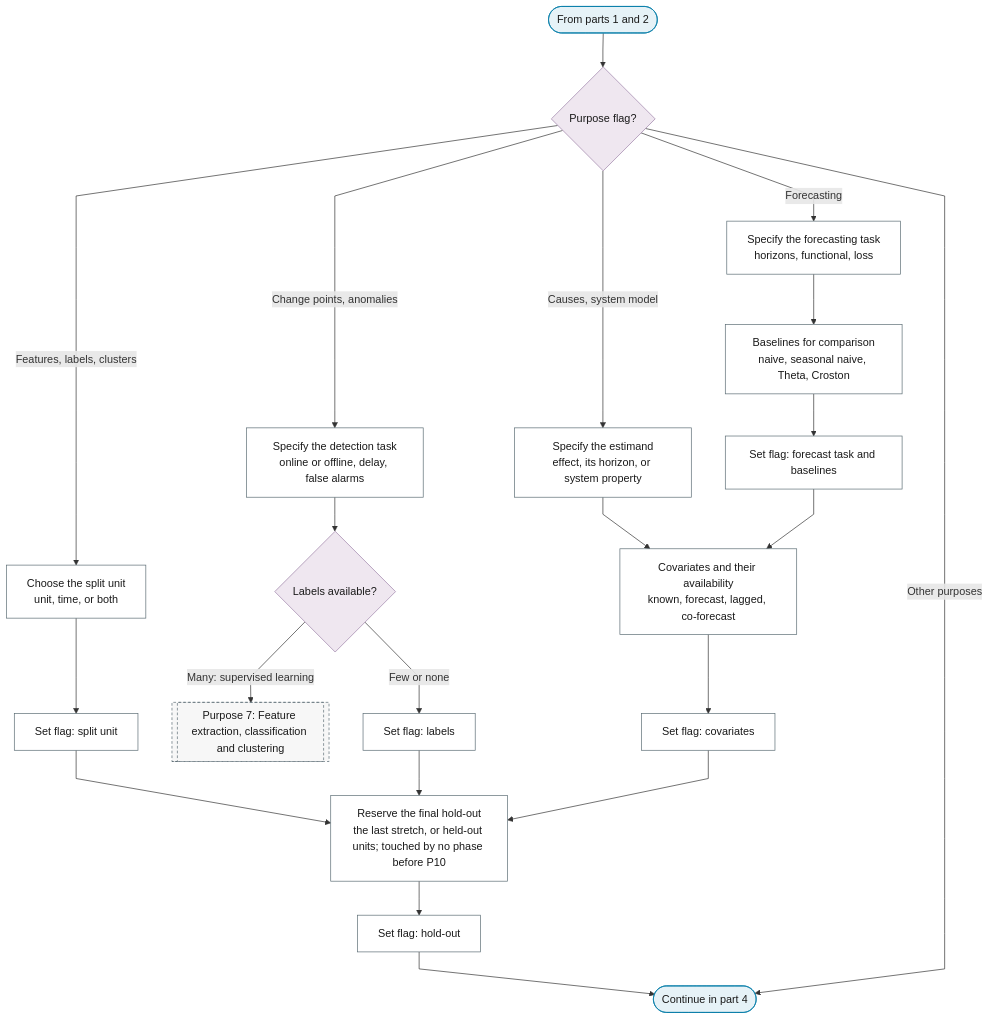
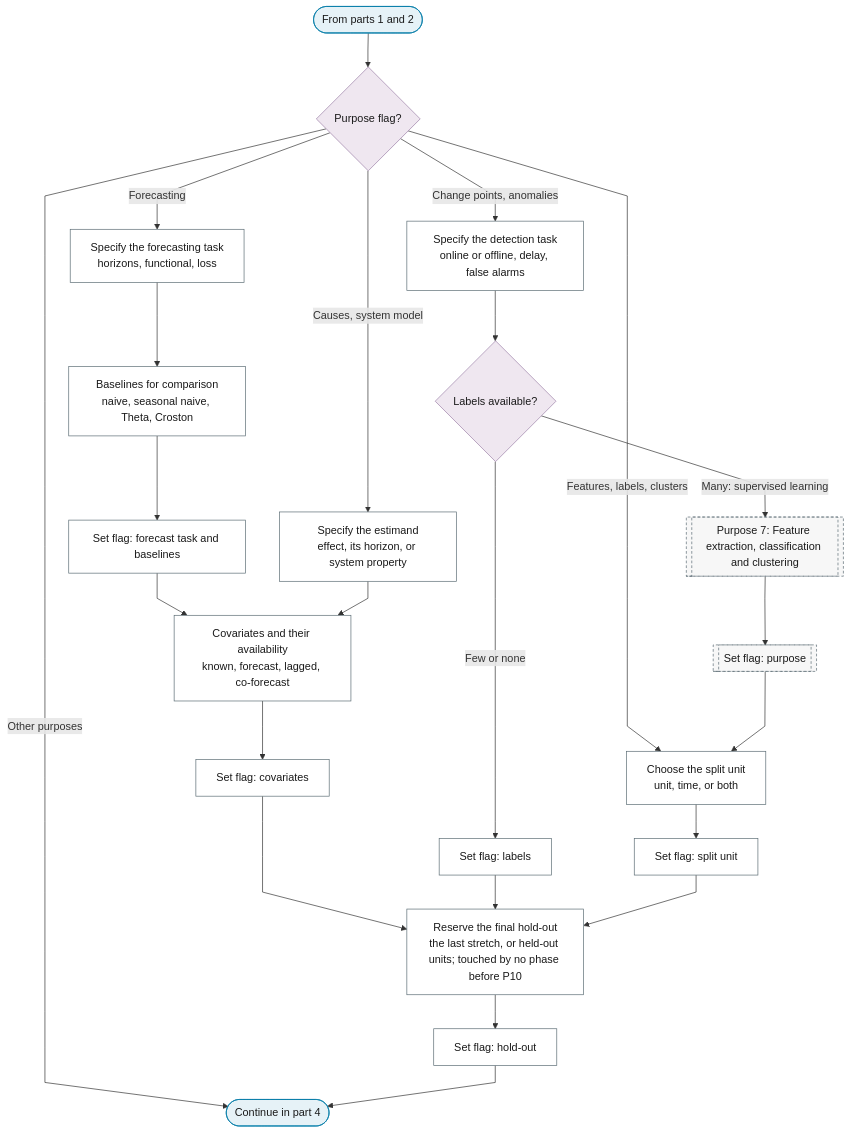
The third of 4 diagrams in docs/01-workflow/p00-purpose/index.md (Shuxin-Y/time-series-analysis-manual), drawn with Mermaid before and after one commit. The commit also changed other lines of this file, not shown here.

Commit message:
fix(p0): purpose-7 readers pass the purpose flag, the split unit and part 4
The 'event in a future window' answer and the many-labels detection
route went straight to the purpose-7 box, skipping the purpose flag, the
split unit, the keep-anomalies question and the timing flag.

````diff
--- a/docs/01-workflow/p00-purpose/index.md
+++ b/docs/01-workflow/p00-purpose/index.md
@@ -77,34 +77,36 @@
 ```mermaid
 %%{init: {"flowchart": {"curve": "linear"}}}%%
 graph TD
     P0_PART_3_IN(["From parts 1 and 2"]) --> P0_PLAN{"Purpose flag?"}
     P0_PLAN -->|"Forecasting"| P0_FORECAST_TASK["Specify the forecasting task<br/>horizons, functional, loss"]
     P0_PLAN -->|"Change points, anomalies"| P0_DETECTION_TASK["Specify the detection task<br/>online or offline, delay, false alarms"]
     P0_PLAN -->|"Causes, system model"| P0_ESTIMAND["Specify the estimand<br/>effect, its horizon, or system property"]
     P0_PLAN -->|"Features, labels, clusters"| P0_SPLIT_UNIT["Choose the split unit<br/>unit, time, or both"]
     P0_PLAN -->|"Other purposes"| P0_PART_3_OUT(["Continue in part 4"])
     P0_FORECAST_TASK --> P0_FC_BASELINES["Baselines for comparison<br/>naive, seasonal naive, Theta, Croston"]
     P0_FC_BASELINES --> P0_FORECAST_FLAG["Set flag: forecast task and baselines"]
     P0_FORECAST_FLAG --> P0_COVARIATES["Covariates and their availability<br/>known, forecast, lagged, co-forecast"]
     P0_ESTIMAND --> P0_COVARIATES
     P0_COVARIATES --> P0_COVARIATE_FLAG["Set flag: covariates"]
     P0_DETECTION_TASK --> P0_LABELS{"Labels available?"}
     P0_LABELS -->|"Many: supervised learning"| P0_FEATURES[["Purpose 7: Feature extraction, classification and clustering"]]
+    P0_FEATURES --> P0_PURPOSE_FLAG[["Set flag: purpose"]]
+    P0_PURPOSE_FLAG --> P0_SPLIT_UNIT
     P0_LABELS -->|"Few or none"| P0_DETECTION_FLAG["Set flag: labels"]
     P0_SPLIT_UNIT --> P0_SPLIT_FLAG["Set flag: split unit"]
     P0_COVARIATE_FLAG & P0_DETECTION_FLAG & P0_SPLIT_FLAG --> P0_HOLDOUT["Reserve the final hold-out<br/>the last stretch, or held-out units; touched by no phase before P10"]
     P0_HOLDOUT --> P0_HOLDOUT_FLAG["Set flag: hold-out"]
     P0_HOLDOUT_FLAG --> P0_PART_3_OUT
     class P0_PART_3_IN,P0_PART_3_OUT terminator
     class P0_PLAN,P0_LABELS decision
     class P0_FORECAST_TASK,P0_DETECTION_TASK,P0_ESTIMAND,P0_SPLIT_UNIT,P0_FC_BASELINES,P0_COVARIATES,P0_FORECAST_FLAG,P0_COVARIATE_FLAG,P0_DETECTION_FLAG,P0_SPLIT_FLAG,P0_HOLDOUT,P0_HOLDOUT_FLAG process
-    class P0_FEATURES ref
+    class P0_FEATURES,P0_PURPOSE_FLAG ref
     classDef terminator fill:#E6F2F7,stroke:#007BA7,color:#1A1A1A;
     classDef process fill:#FFFFFF,stroke:#5A6B73,color:#1A1A1A;
     classDef decision fill:#EFE7F0,stroke:#9B7FA7,color:#1A1A1A;
     classDef data fill:#FFF4E0,stroke:#C9A55E,color:#1A1A1A;
     classDef good fill:#DCEFD8,stroke:#4A7A3F,color:#1A1A1A;
     classDef escalate fill:#FFE9C2,stroke:#C9A55E,color:#1A1A1A;
     classDef problem fill:#F2D9DE,stroke:#800020,color:#1A1A1A;
     classDef ref fill:#F7F7F7,stroke:#5A6B73,color:#1A1A1A,stroke-dasharray:4 3;
 ```
````
